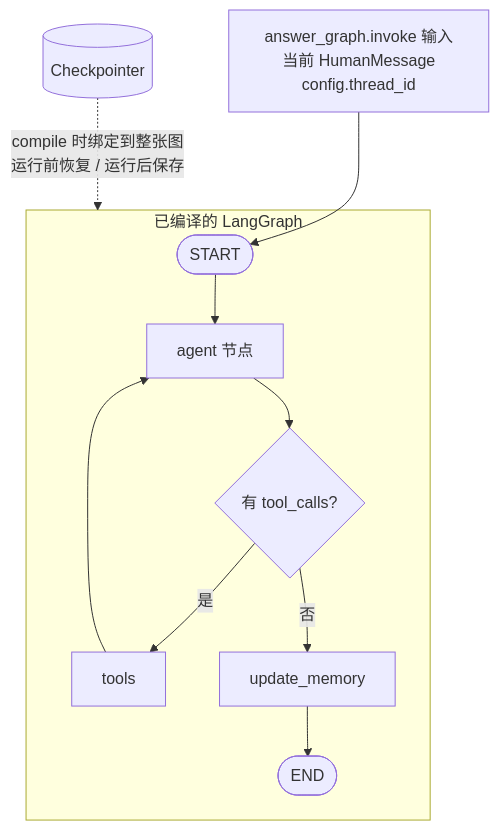
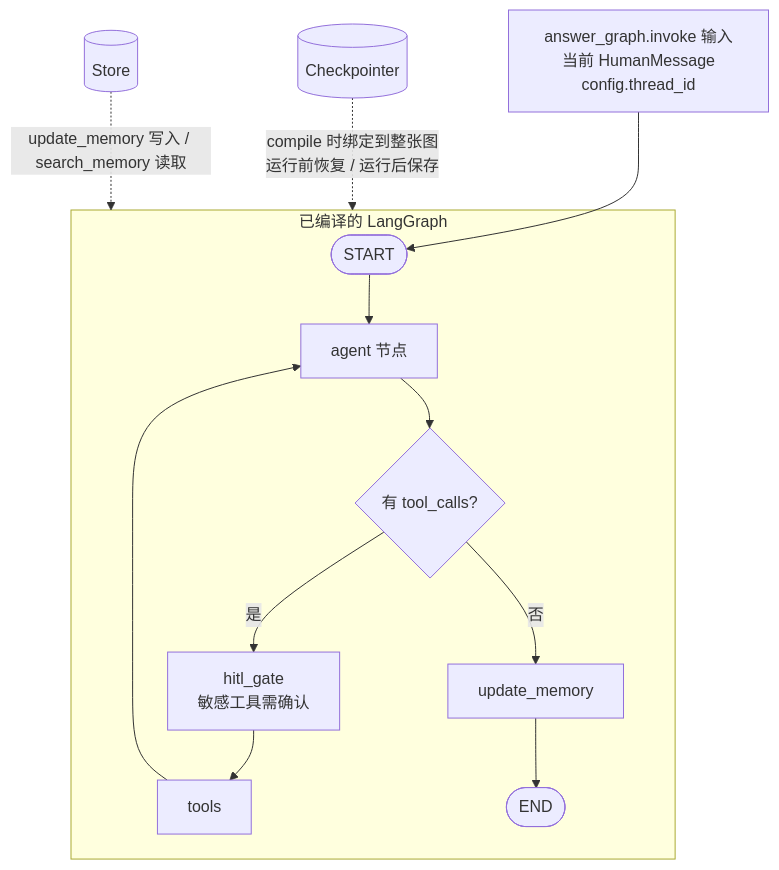
One commit to softarts/enterpriseAI-knowledge changed the first of 4 diagrams in langchain_agent/README.md. Above: the diagram before and after it, drawn with Mermaid. The commit also changed other lines of this file and 41 other files, not shown here.

````diff
--- a/langchain_agent/README.md
+++ b/langchain_agent/README.md
@@ -25,13 +26,15 @@
 ```mermaid
 flowchart TD
     Invoke[answer_graph.invoke 输入当前 HumanMessage<br/>config.thread_id] --> Start
     subgraph Graph[已编译的 LangGraph]
         Start([START]) --> Agent[agent 节点]
         Agent --> Cond{有 tool_calls?}
-        Cond -->|是| Tools[tools]
+        Cond -->|是| Gate[hitl_gate<br/>敏感工具需确认]
+        Gate --> Tools[tools]
         Tools --> Agent
         Cond -->|否| Update[update_memory]
         Update --> End([END])
     end
     Checkpointer[(Checkpointer)] -. compile 时绑定到整张图<br/>运行前恢复 / 运行后保存 .-> Graph
+    Store[(Store)] -. update_memory 写入 / search_memory 读取 .-> Graph
 ```
````
